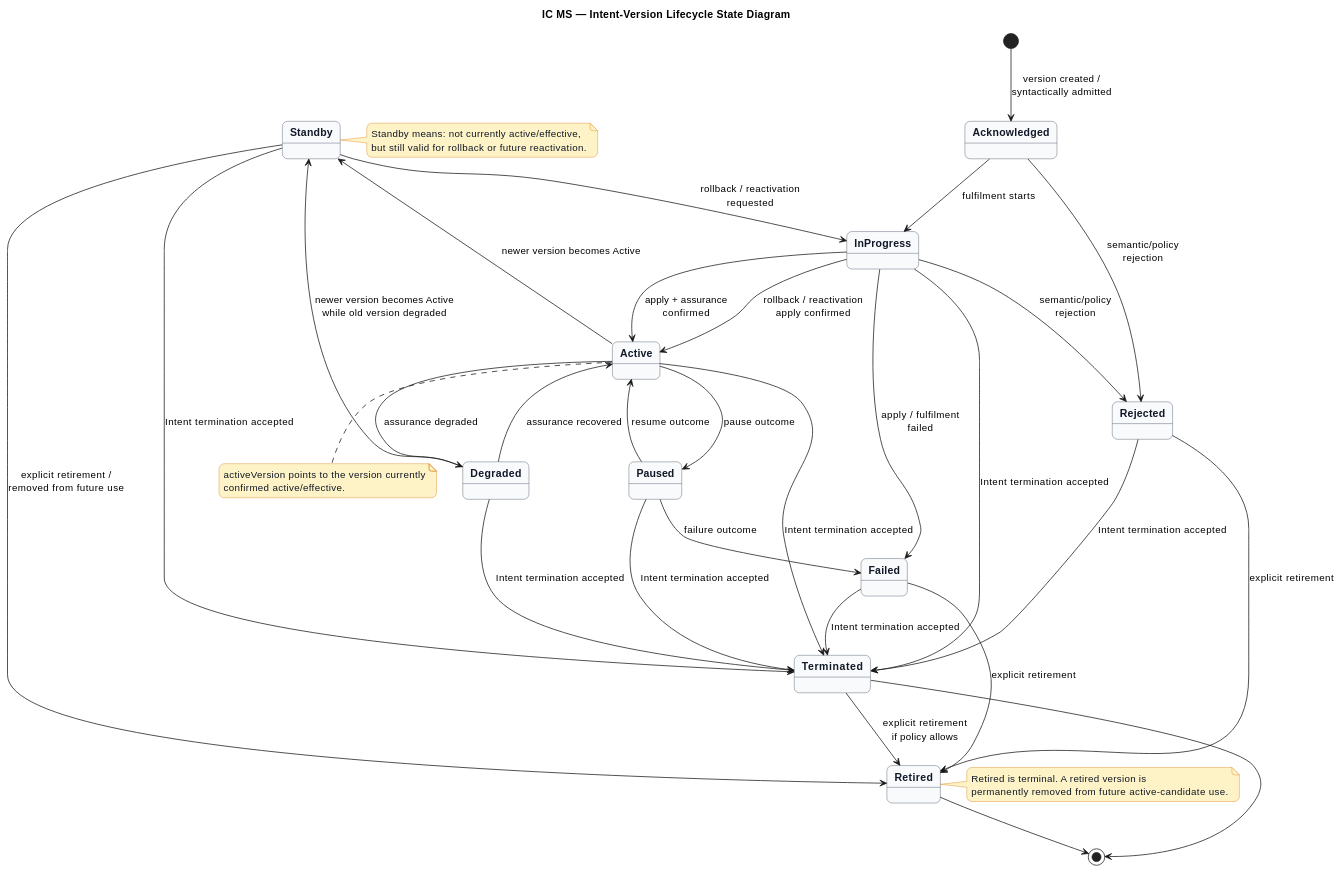
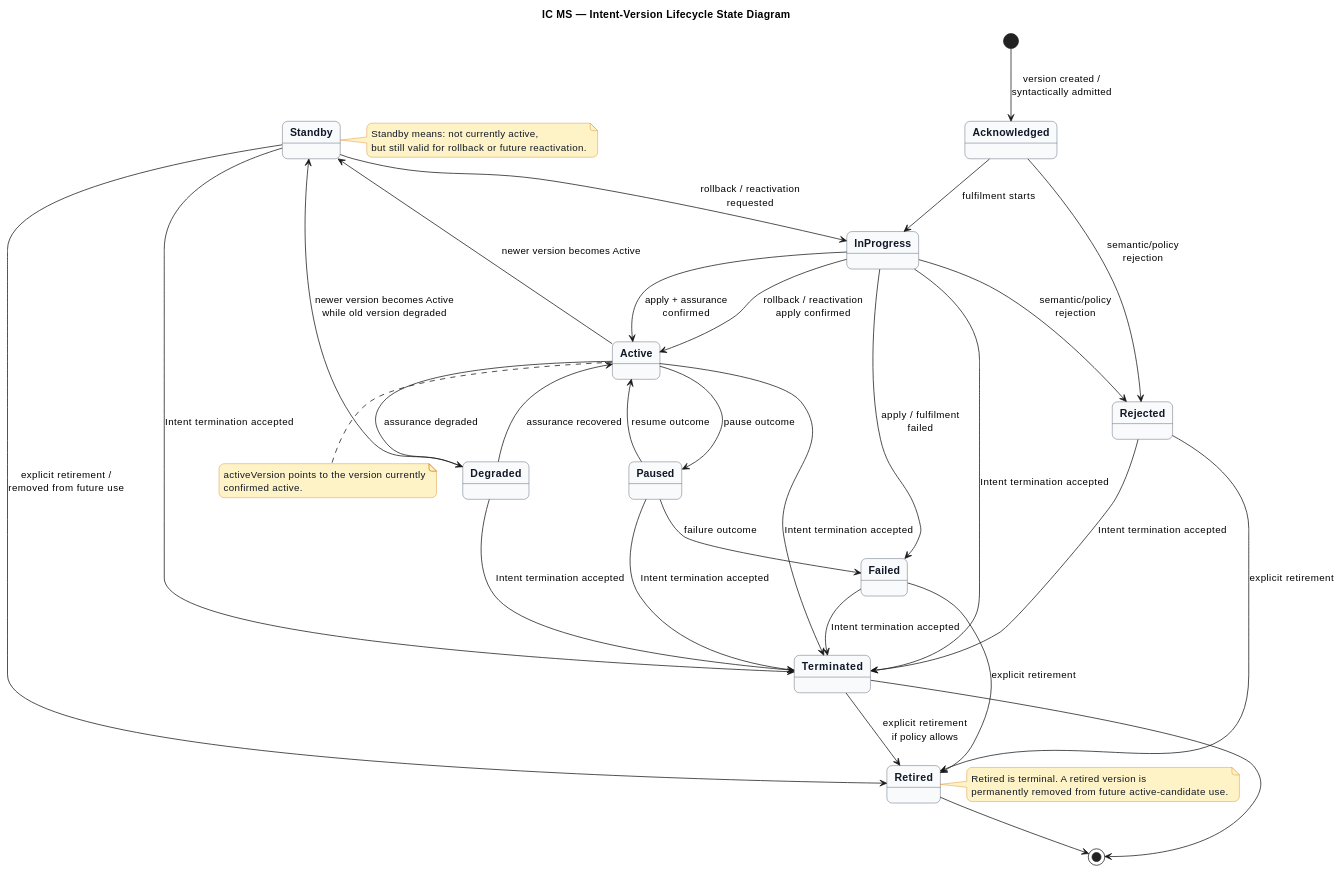
One commit to prageethw/im changed the second of 2 diagrams in baseline/intent/ic-ms/ic_ms_design_brief.md. Above: the diagram before and after it, drawn with PlantUML. The commit also changed other lines of this file, not shown here.

````diff
--- a/baseline/intent/ic-ms/ic_ms_design_brief.md
+++ b/baseline/intent/ic-ms/ic_ms_design_brief.md
@@ -740,64 +739,64 @@
 ```plantuml
 @startuml
 title IC MS — Intent-Version Lifecycle State Diagram
 
 skinparam backgroundColor #FFFFFF
 skinparam shadowing false
 skinparam roundcorner 14
 skinparam state {
   BackgroundColor #F8FAFC
   BorderColor #334155
   FontColor #111827
   FontStyle bold
 }
 skinparam note {
   BackgroundColor #FEF3C7
   BorderColor #D97706
   FontColor #111827
 }
 
 [*] --> Acknowledged : version created /\nsyntactically admitted
 Acknowledged --> Rejected : semantic/policy\nrejection
 Acknowledged --> InProgress : fulfilment starts
 InProgress --> Active : apply + assurance\nconfirmed
 InProgress --> Failed : apply / fulfilment\nfailed
 InProgress --> Rejected : semantic/policy\nrejection
 Active --> Degraded : assurance degraded
 Degraded --> Active : assurance recovered
 Active --> Standby : newer version becomes Active
 Degraded --> Standby : newer version becomes Active\nwhile old version degraded
 Standby --> InProgress : rollback / reactivation\nrequested
 InProgress --> Active : rollback / reactivation\napply confirmed
 Standby --> Retired : explicit retirement /\nremoved from future use
 Failed --> Retired : explicit retirement
 Rejected --> Retired : explicit retirement
 Terminated --> Retired : explicit retirement\nif policy allows
 Active --> Terminated : Intent termination accepted
 Degraded --> Terminated : Intent termination accepted
 Standby --> Terminated : Intent termination accepted
 InProgress --> Terminated : Intent termination accepted
 Paused --> Terminated : Intent termination accepted
 Failed --> Terminated : Intent termination accepted
 Rejected --> Terminated : Intent termination accepted
 Active --> Paused : pause outcome
 Paused --> Active : resume outcome
 Paused --> Failed : failure outcome
 Retired --> [*]
 Terminated --> [*]
 
 note right of Standby
-Standby means: not currently active/effective,
+Standby means: not currently active,
 but still valid for rollback or future reactivation.
 end note
 
 note right of Retired
 Retired is terminal. A retired version is
 permanently removed from future active-candidate use.
 end note
 
 note bottom of Active
 activeVersion points to the version currently
-confirmed active/effective.
+confirmed active.
 end note
 @enduml
 ```
````
